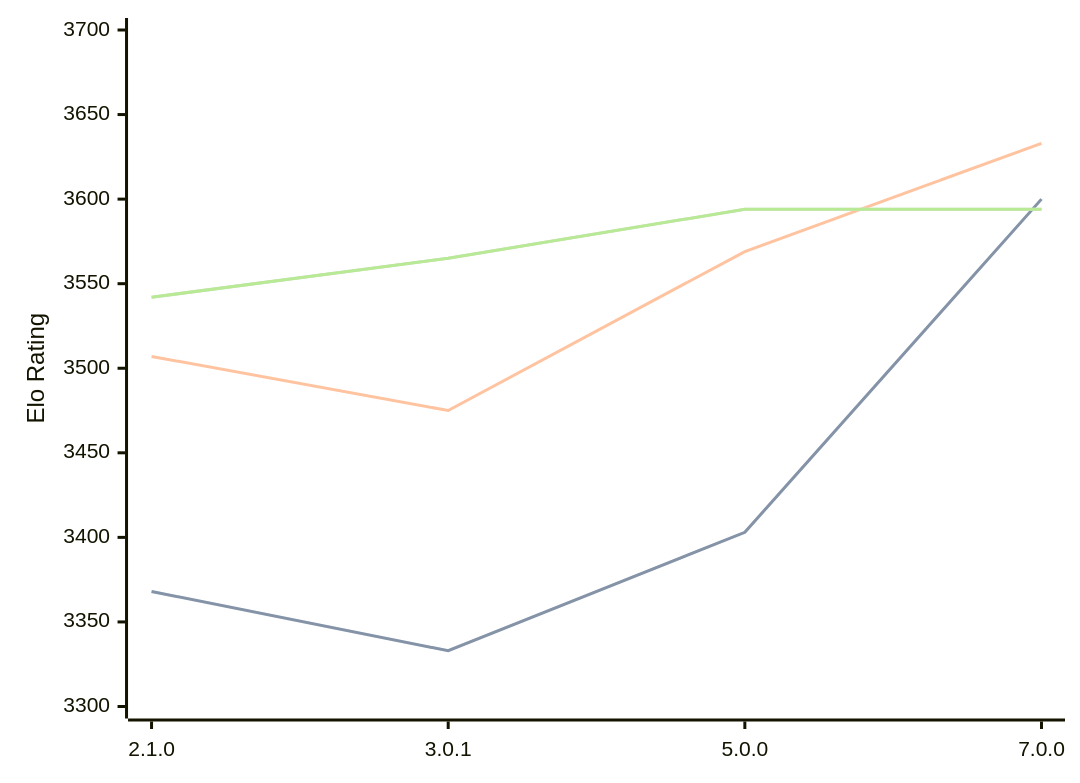
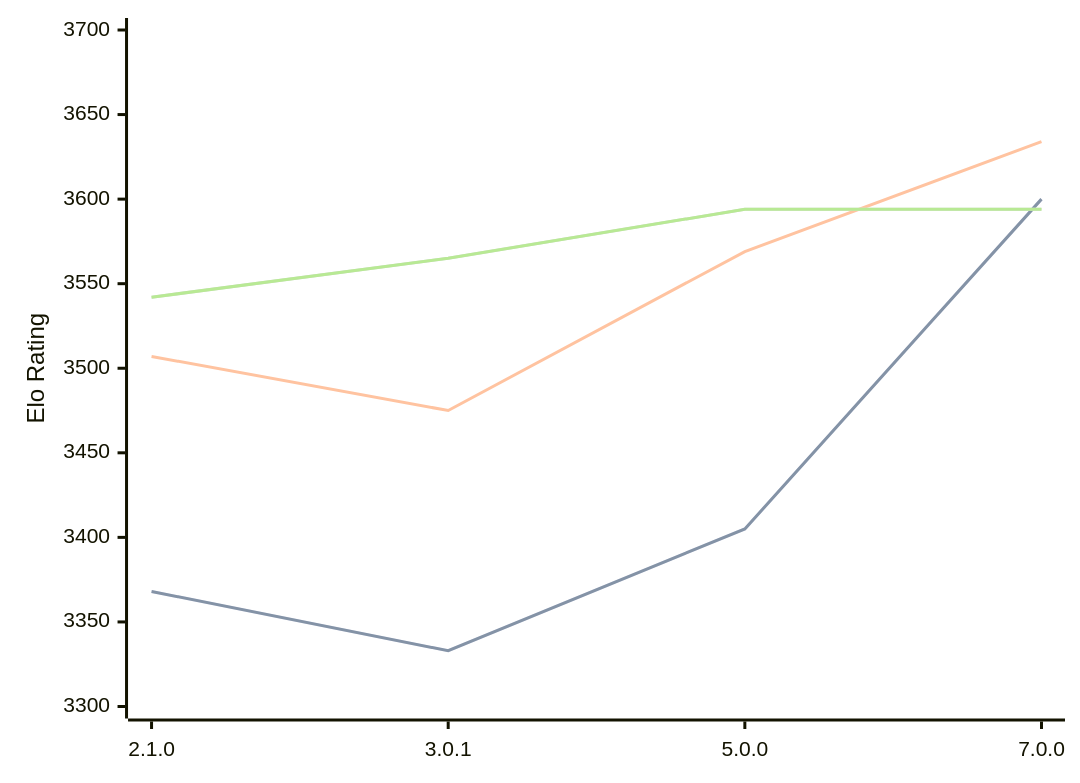
The diagram in engines/PlentyChess.md (computer-chess-index/cci), drawn with Mermaid before and after one commit. The commit also changed other lines of this file, not shown here.

````diff
--- a/engines/PlentyChess.md
+++ b/engines/PlentyChess.md
@@ -42,11 +42,11 @@
 ```mermaid
 %%{init: {"theme":"base","themeVariables":{"seriesColors:['#a3a3a3','#222221','#faa371']}}}%%
 xychart-beta
   x-axis ["2.1.0", "3.0.1", "5.0.0", "7.0.0"]
   y-axis "Elo Rating" 3300 --> 3700
-  line "STC (8.0+0.08s)" [3368, 3333, 3403, 3600]
-  line "STC (8.0+0.08s)" [3368, 3333, 3403, 3600]
-  line "LTC (60.0+0.60s)" [3507, 3475, 3569, 3633]
+  line "STC (8.0+0.08s)" [3368, 3333, 3405, 3600]
+  line "STC (8.0+0.08s)" [3368, 3333, 3405, 3600]
+  line "LTC (60.0+0.60s)" [3507, 3475, 3569, 3634]
   line "VLTC (2m24s+1.12s)" [3542, 3565, 3594, 3594]
   line "VLTC (2m24s+1.12s)" [3542, 3565, 3594, 3594]
 ```
````
